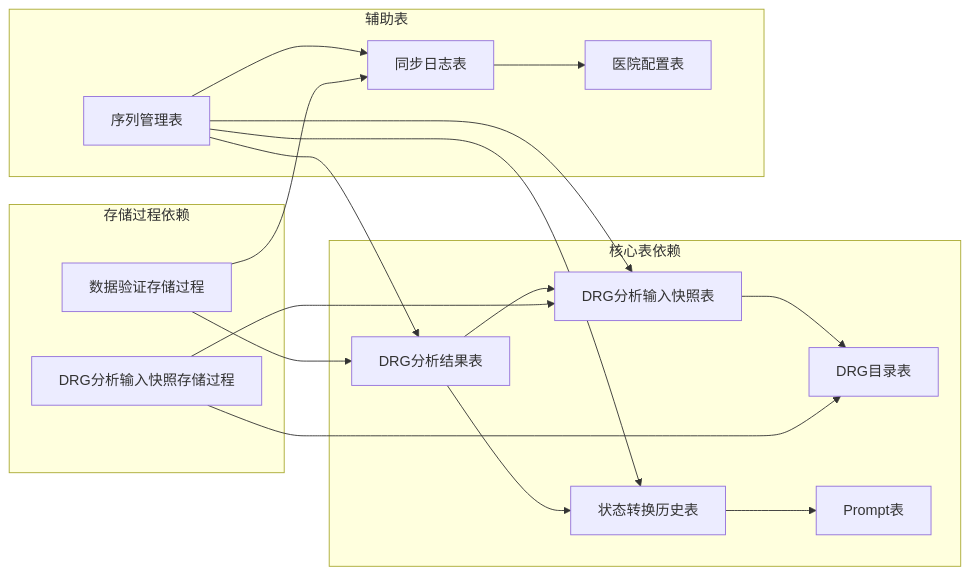
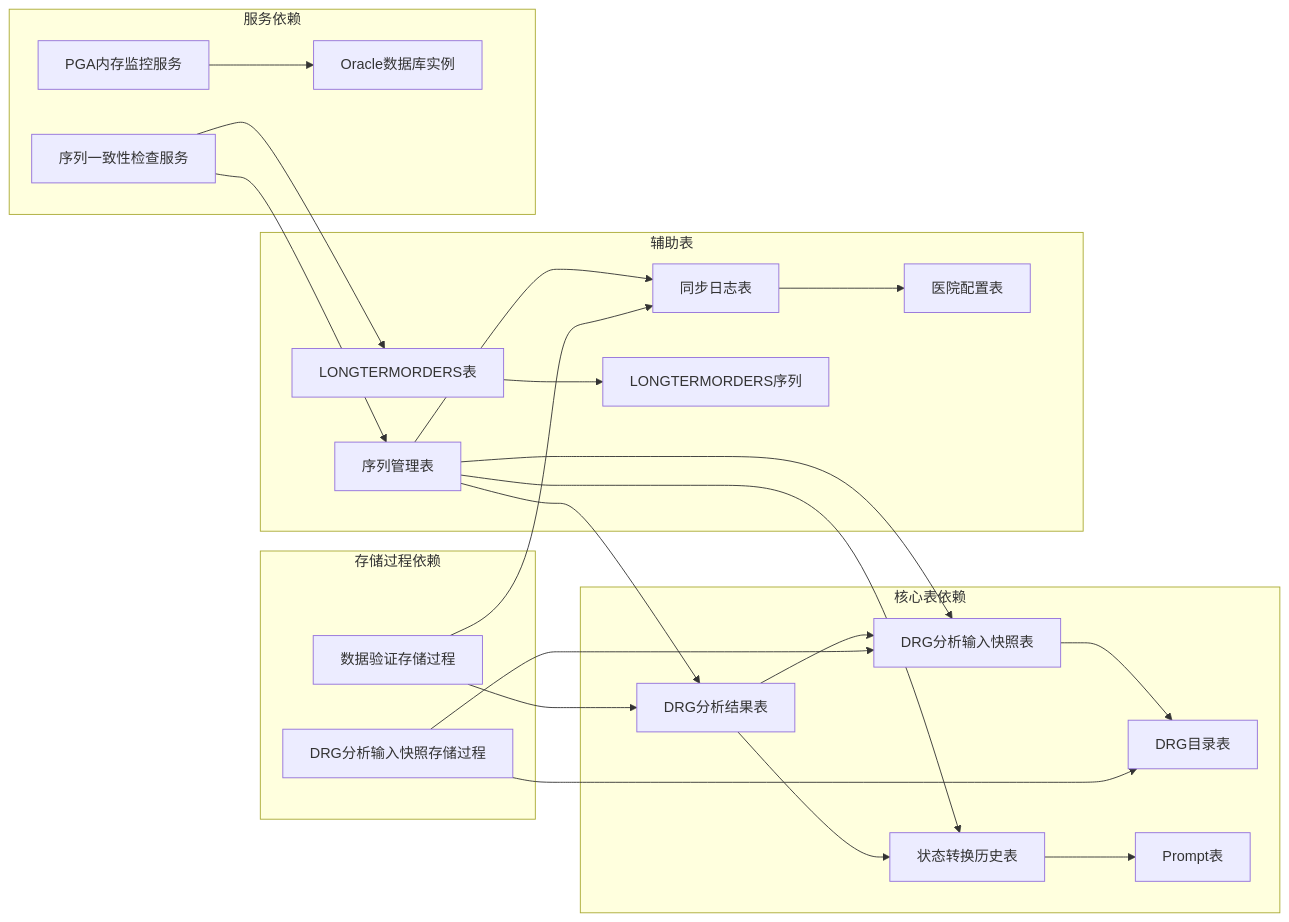
Before and after one commit to liuzh2008/med_ai_assistant_workspace: diagram 11 of 17 in .qoder/repowiki/zh/content/Database Operations.md, drawn with Mermaid. The commit also changed other lines of this file and 6 other files, not shown here.

````diff
--- a/.qoder/repowiki/zh/content/Database Operations.md
+++ b/.qoder/repowiki/zh/content/Database Operations.md
@@ -338,22 +477,28 @@
 ```mermaid
 graph LR
 subgraph "核心表依赖"
 A[DRG分析结果表] --> B[DRG分析输入快照表]
 A --> C[状态转换历史表]
 B --> D[DRG目录表]
 C --> E[Prompt表]
 end
 subgraph "辅助表"
 F[同步日志表] --> G[医院配置表]
 H[序列管理表] --> A
 H --> B
 H --> C
 H --> F
+I[LONGTERMORDERS表] --> J[LONGTERMORDERS序列]
 end
 subgraph "存储过程依赖"
-I[DRG分析输入快照存储过程] --> B
-I --> D
-J[数据验证存储过程] --> A
-J --> F
+K[DRG分析输入快照存储过程] --> B
+K --> D
+L[数据验证存储过程] --> A
+L --> F
+end
+subgraph "服务依赖"
+M[序列一致性检查服务] --> H
+M --> I
+N[PGA内存监控服务] --> O[Oracle数据库实例]
 end
 ```
````
